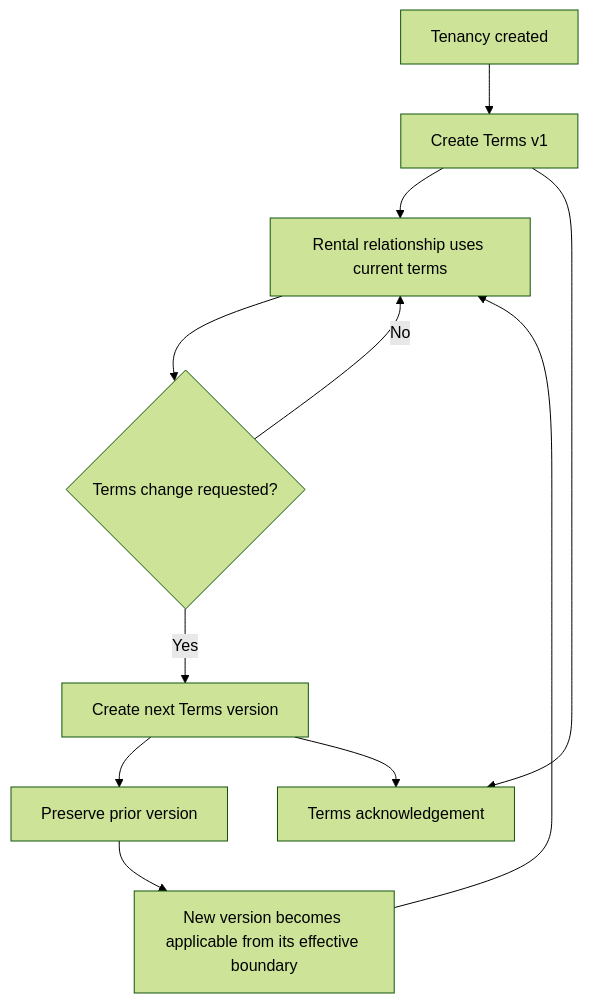
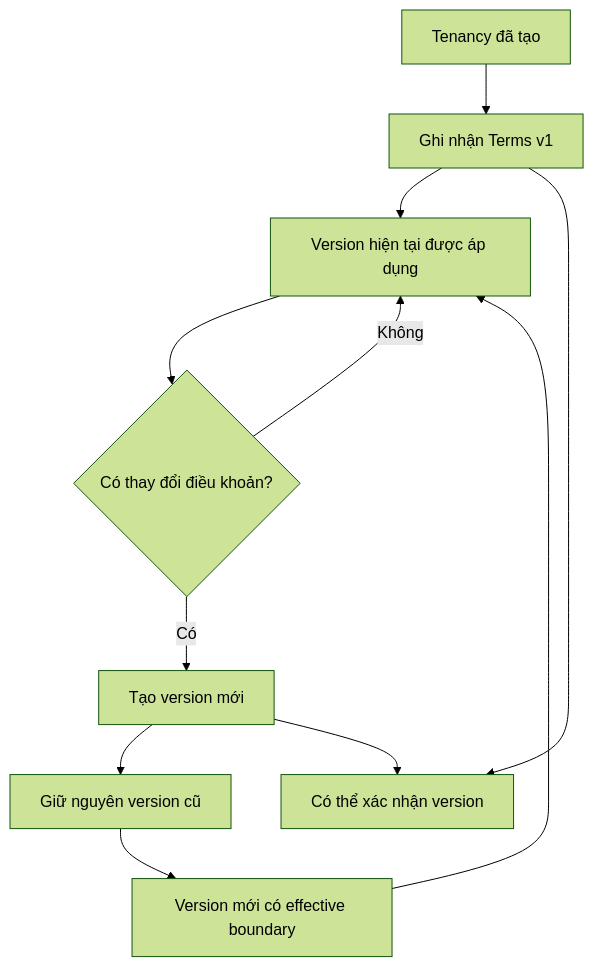
The first of 2 diagrams in docs/backlogs/v1/tenancy-terms.md (Danh20100/moibile_app), drawn with Mermaid (forest theme) before and after one commit. The commit also changed other lines of this file and 9 other files, not shown here.

````diff
--- a/docs/backlogs/v1/tenancy-terms.md
+++ b/docs/backlogs/v1/tenancy-terms.md
@@ -17,13 +28,13 @@
 ```mermaid
 flowchart TD
-    A[Tenancy created] --> B[Create Terms v1]
-    B --> C[Rental relationship uses current terms]
-    C --> D{Terms change requested?}
-    D -->|No| C
-    D -->|Yes| E[Create next Terms version]
-    E --> F[Preserve prior version]
-    F --> G[New version becomes applicable from its effective boundary]
+    A["Tenancy đã tạo"] --> B["Ghi nhận Terms v1"]
+    B --> C["Version hiện tại được áp dụng"]
+    C --> D{"Có thay đổi điều khoản?"}
+    D -->|"Không"| C
+    D -->|"Có"| E["Tạo version mới"]
+    E --> F["Giữ nguyên version cũ"]
+    F --> G["Version mới có effective boundary"]
     G --> C
-    B --> H[Terms acknowledgement]
+    B --> H["Có thể xác nhận version"]
     E --> H
 ```
````
